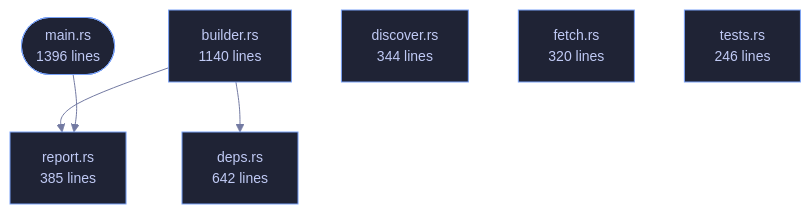
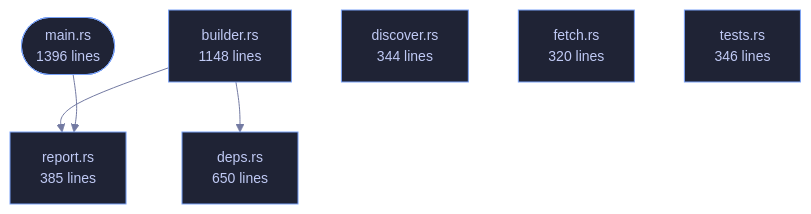
The diagram in crates/veilvoice-verify/README.md (tilas01/veilvoice), drawn with Mermaid before and after one commit. The commit also changed other lines of this file and 56 other files, not shown here.

````diff
--- a/crates/veilvoice-verify/README.md
+++ b/crates/veilvoice-verify/README.md
@@ -93,21 +93,21 @@
 ```mermaid
 %%{init: {"theme":"base","themeVariables":{"background":"#1a1b26","primaryColor":"#1f2335","primaryTextColor":"#c0caf5","primaryBorderColor":"#7aa2f7","secondaryColor":"#16161e","tertiaryColor":"#16161e","lineColor":"#737aa2","textColor":"#c0caf5","mainBkg":"#1f2335","nodeBorder":"#7aa2f7","clusterBkg":"#16161e","clusterBorder":"#2f3549","fontFamily":"ui-monospace, SFMono-Regular, Consolas, monospace","fontSize":"14px"}}}%%
 flowchart TD
     n_main(["main.rs<br/>1396 lines"])
-    n_builder["builder.rs<br/>1140 lines"]
-    n_deps["deps.rs<br/>642 lines"]
+    n_builder["builder.rs<br/>1148 lines"]
+    n_deps["deps.rs<br/>650 lines"]
     n_discover["discover.rs<br/>344 lines"]
     n_fetch["fetch.rs<br/>320 lines"]
     n_report["report.rs<br/>385 lines"]
-    n_tests["tests.rs<br/>246 lines"]
+    n_tests["tests.rs<br/>346 lines"]
     n_builder --> n_deps
     n_builder --> n_report
     n_main --> n_report
     click n_main href "https://github.com/tilas01/veilvoice/blob/main/crates/veilvoice-verify/src/main.rs" "open the source"
     click n_builder href "https://github.com/tilas01/veilvoice/blob/main/crates/veilvoice-verify/src/builder.rs" "open the source"
     click n_deps href "https://github.com/tilas01/veilvoice/blob/main/crates/veilvoice-verify/src/deps.rs" "open the source"
     click n_discover href "https://github.com/tilas01/veilvoice/blob/main/crates/veilvoice-verify/src/discover.rs" "open the source"
     click n_fetch href "https://github.com/tilas01/veilvoice/blob/main/crates/veilvoice-verify/src/fetch.rs" "open the source"
     click n_report href "https://github.com/tilas01/veilvoice/blob/main/crates/veilvoice-verify/src/report.rs" "open the source"
     click n_tests href "https://github.com/tilas01/veilvoice/blob/main/crates/veilvoice-verify/src/tests.rs" "open the source"
 ```
````
